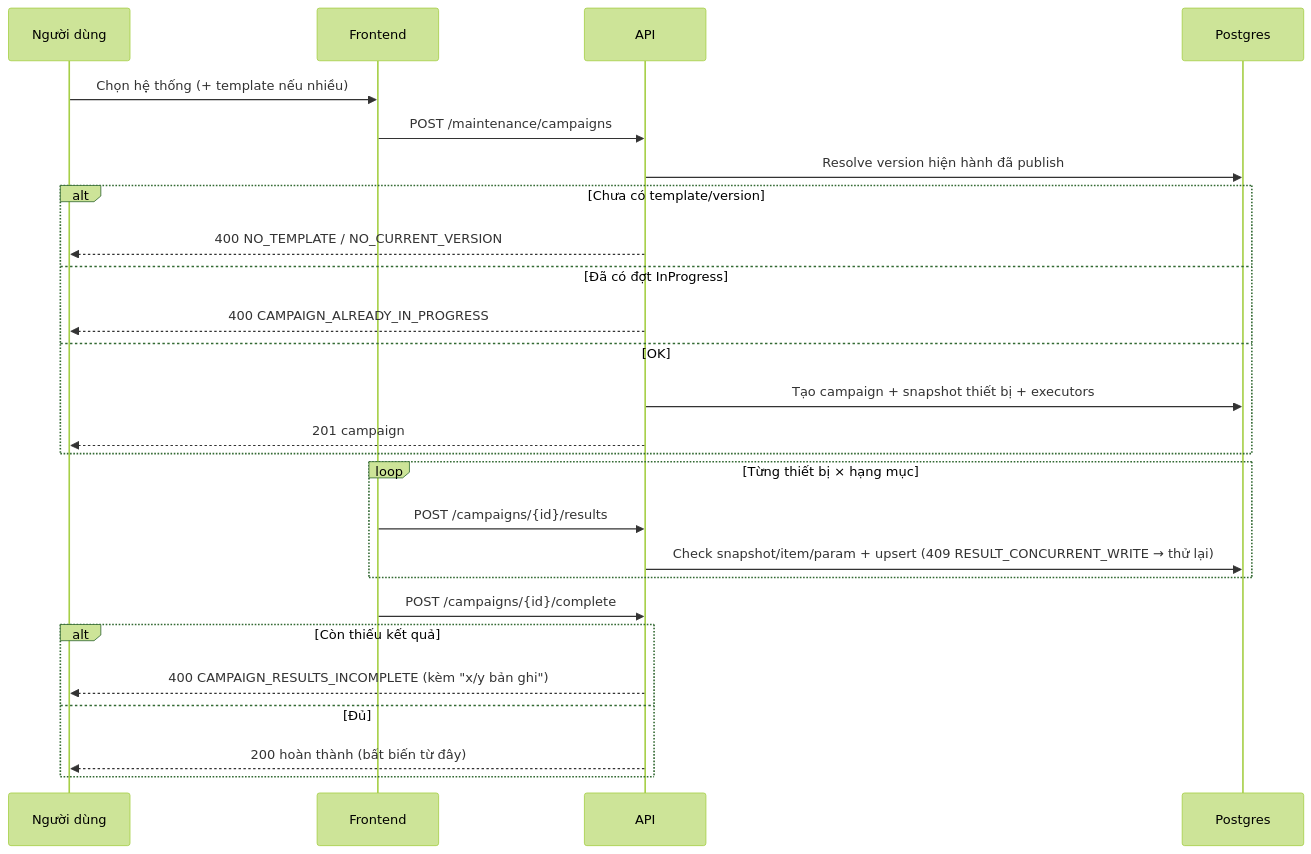
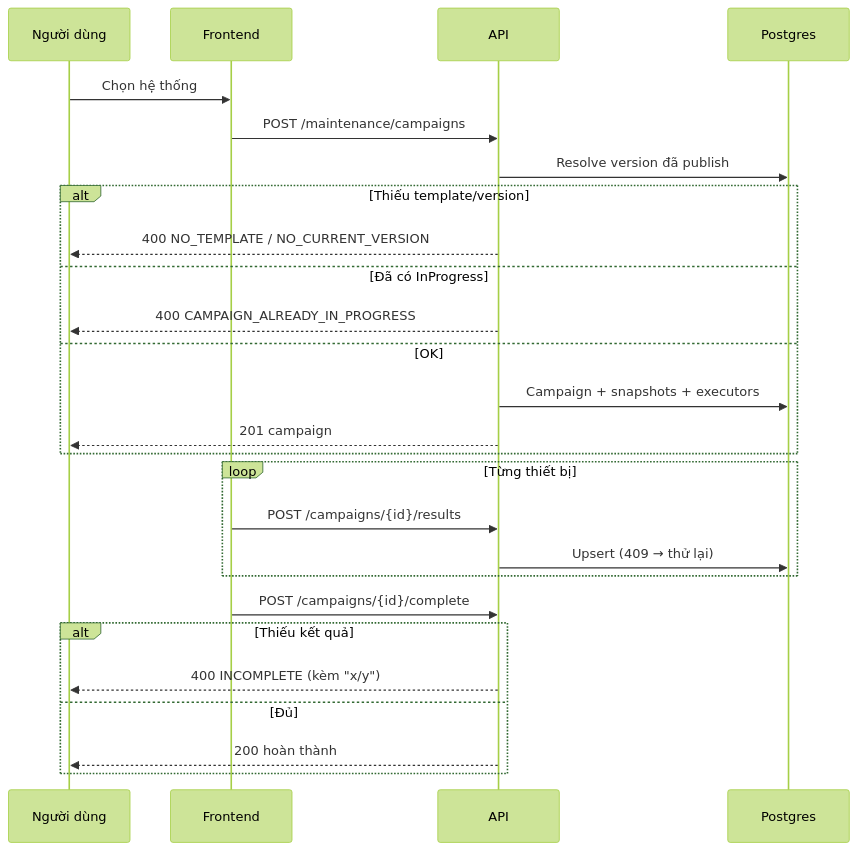
The diagram in docs/guide/12-sequence-dot-bao-duong.md (toannd18/mirats), drawn with Mermaid (forest theme) before and after one commit. The commit also changed 7 other files, not shown here.

Commit message:
docs(guide): flowchart thay C4 vo + rut gon sequence + ERD khop snapshot

````diff
--- a/docs/guide/12-sequence-dot-bao-duong.md
+++ b/docs/guide/12-sequence-dot-bao-duong.md
@@ -11,29 +11,29 @@
 ```mermaid
 sequenceDiagram
     participant U as Người dùng
     participant FE as Frontend
     participant API as API
     participant DB as Postgres
 
-    U->>FE: Chọn hệ thống (+ template nếu nhiều)
+    U->>FE: Chọn hệ thống
     FE->>API: POST /maintenance/campaigns
-    API->>DB: Resolve version hiện hành đã publish
-    alt Chưa có template/version
+    API->>DB: Resolve version đã publish
+    alt Thiếu template/version
         API-->>U: 400 NO_TEMPLATE / NO_CURRENT_VERSION
-    else Đã có đợt InProgress
+    else Đã có InProgress
         API-->>U: 400 CAMPAIGN_ALREADY_IN_PROGRESS
     else OK
-        API->>DB: Tạo campaign + snapshot thiết bị + executors
+        API->>DB: Campaign + snapshots + executors
         API-->>U: 201 campaign
     end
-    loop Từng thiết bị × hạng mục
+    loop Từng thiết bị
         FE->>API: POST /campaigns/{id}/results
-        API->>DB: Check snapshot/item/param + upsert (409 RESULT_CONCURRENT_WRITE → thử lại)
+        API->>DB: Upsert (409 → thử lại)
     end
     FE->>API: POST /campaigns/{id}/complete
-    alt Còn thiếu kết quả
-        API-->>U: 400 CAMPAIGN_RESULTS_INCOMPLETE (kèm "x/y bản ghi")
+    alt Thiếu kết quả
+        API-->>U: 400 INCOMPLETE (kèm "x/y")
     else Đủ
-        API-->>U: 200 hoàn thành (bất biến từ đây)
+        API-->>U: 200 hoàn thành
     end
 ```
````
